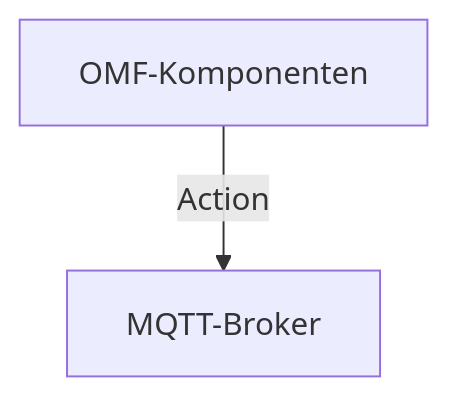
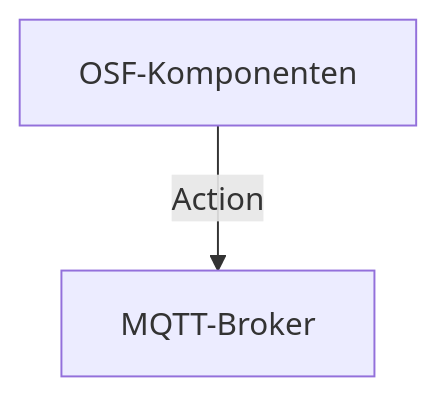
Before and after one commit to OliverBerger-ORBIS/ORBIS-Modellfabrik: the first of 2 diagrams in docs/04-howto/diagrams/mermaid-cursor-instructions.md, drawn with Mermaid. The commit also changed other lines of this file and 137 other files, not shown here.

````diff
--- a/docs/04-howto/diagrams/mermaid-cursor-instructions.md
+++ b/docs/04-howto/diagrams/mermaid-cursor-instructions.md
@@ -25,6 +25,6 @@
    ```mermaid
    graph TD
-       A[OMF-Komponenten] -->|Action| B[MQTT-Broker]
+       A[OSF-Komponenten] -->|Action| B[MQTT-Broker]
        style A fill:#e1f5fe  # Blau
        style B fill:#f3e5f5  # Lila
    ```
````
